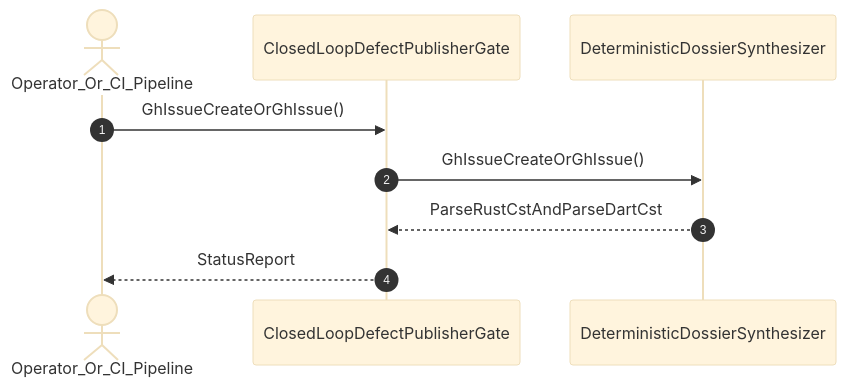
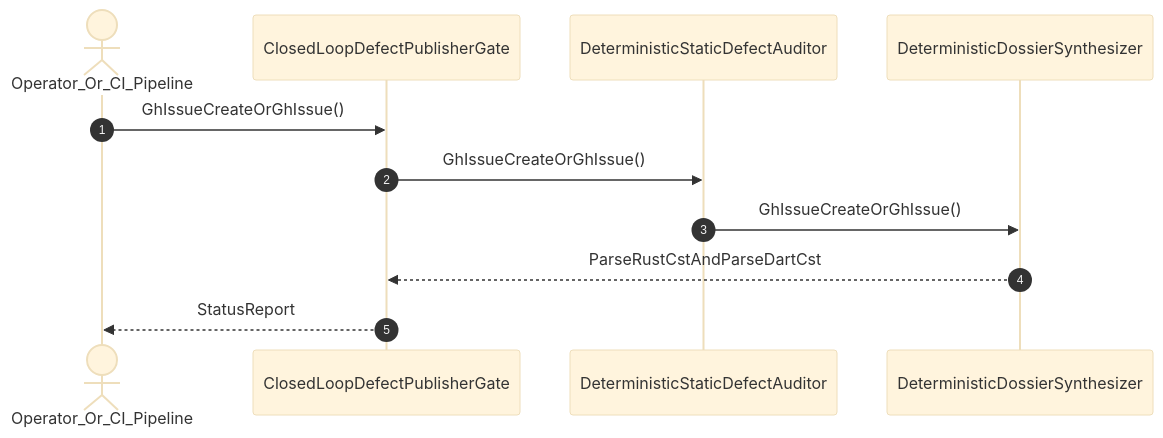
The diagram in .pipeline/upstream/docs/user-stories/US-43-GhIssueCreateOrGhIssue.md (gintatkinson/DEAP01-spec-core), drawn with Mermaid (base theme) before and after one commit. The commit also changed other lines of this file and 225 other files, not shown here.

````diff
--- a/.pipeline/upstream/docs/user-stories/US-43-GhIssueCreateOrGhIssue.md
+++ b/.pipeline/upstream/docs/user-stories/US-43-GhIssueCreateOrGhIssue.md
@@ -38,11 +39,13 @@
 ```mermaid
 sequenceDiagram
     autonumber
     actor Operator_Or_CI_Pipeline
     participant ClosedLoopDefectPublisherGate
+    participant DeterministicStaticDefectAuditor
     participant DeterministicDossierSynthesizer
     Operator_Or_CI_Pipeline->>ClosedLoopDefectPublisherGate: GhIssueCreateOrGhIssue()
-    ClosedLoopDefectPublisherGate->>DeterministicDossierSynthesizer: GhIssueCreateOrGhIssue()
+    ClosedLoopDefectPublisherGate->>DeterministicStaticDefectAuditor: GhIssueCreateOrGhIssue()
+    DeterministicStaticDefectAuditor->>DeterministicDossierSynthesizer: GhIssueCreateOrGhIssue()
     DeterministicDossierSynthesizer-->>ClosedLoopDefectPublisherGate: ParseRustCstAndParseDartCst
     ClosedLoopDefectPublisherGate-->>Operator_Or_CI_Pipeline: StatusReport
 ```
````
